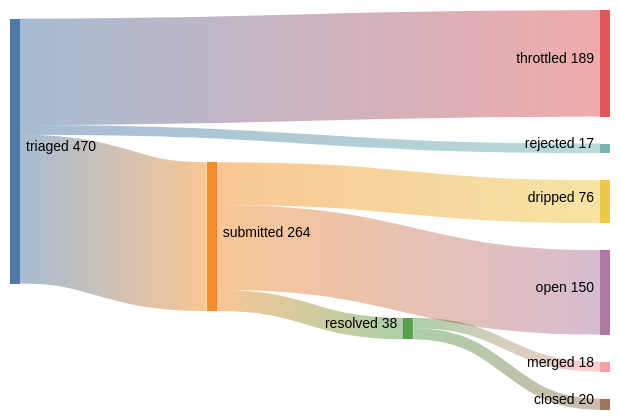
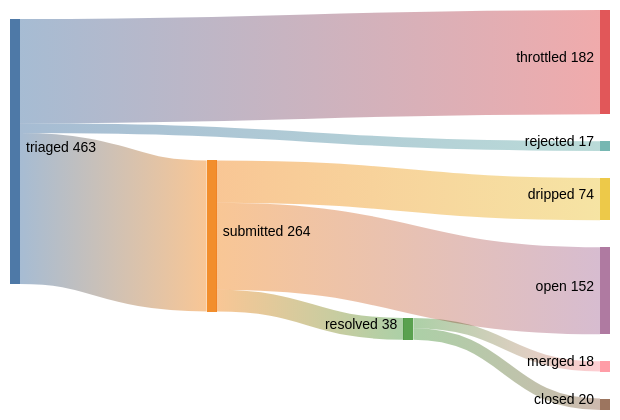
One commit to kimjune01/kimjune01 changed the first of 2 diagrams in README.md. Above: the diagram before and after it, drawn with Mermaid (neutral theme). The commit also changed other lines of this file, not shown here.

Commit message:
stats: 18/38 = 47% (06:03 UTC)

````diff
--- a/README.md
+++ b/README.md
@@ -3,11 +3,11 @@
 ```mermaid
 sankey-beta
     triaged,    submitted, 264
-    triaged,    throttled, 189
+    triaged,    throttled, 182
     triaged,    rejected,  17
     submitted,  resolved,  38
-    submitted,  dripped,   76
-    submitted,  open,      150
+    submitted,  dripped,   74
+    submitted,  open,      152
     resolved,   merged,    18
     resolved,   closed,    20
 ```
````
